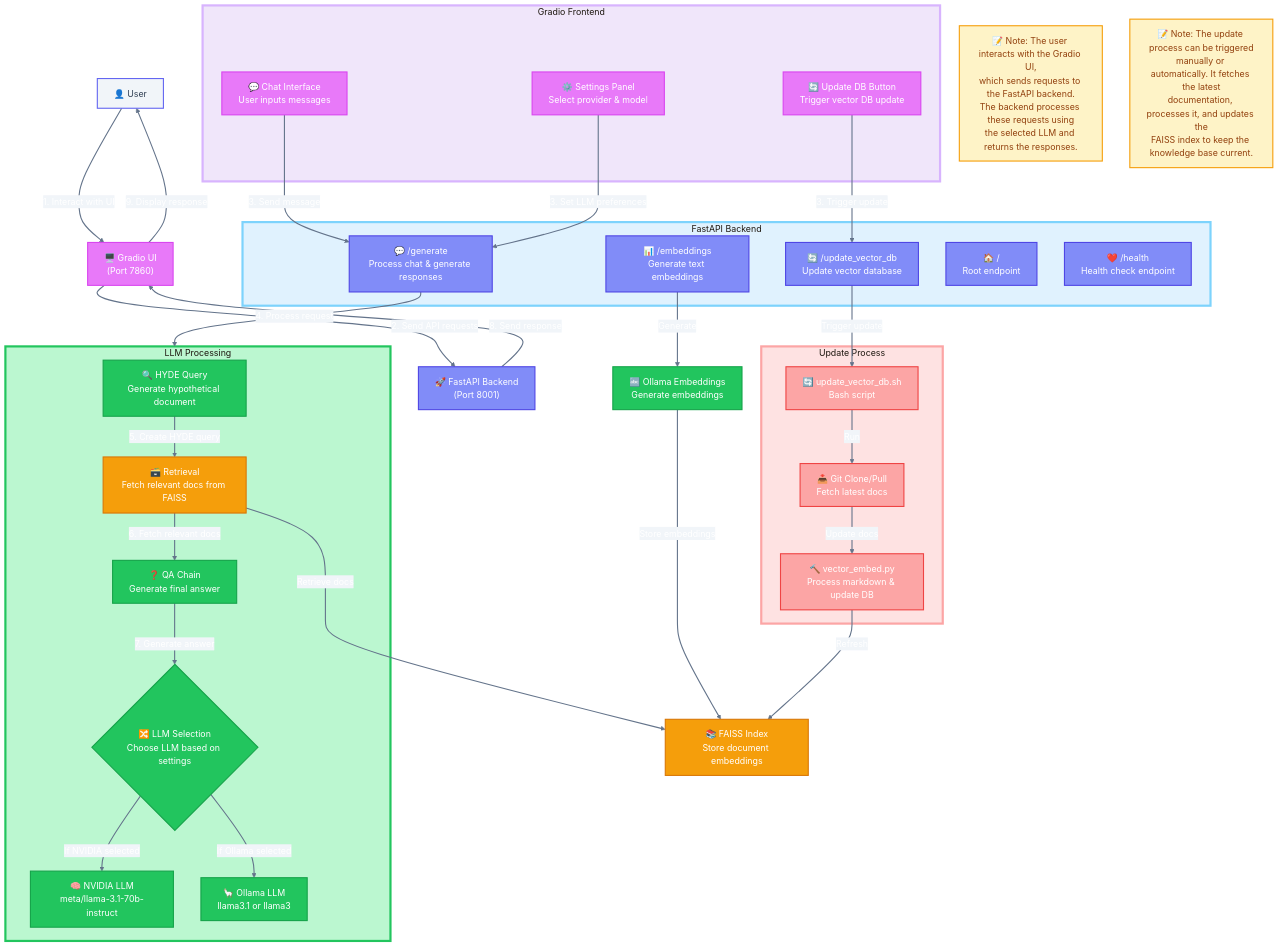
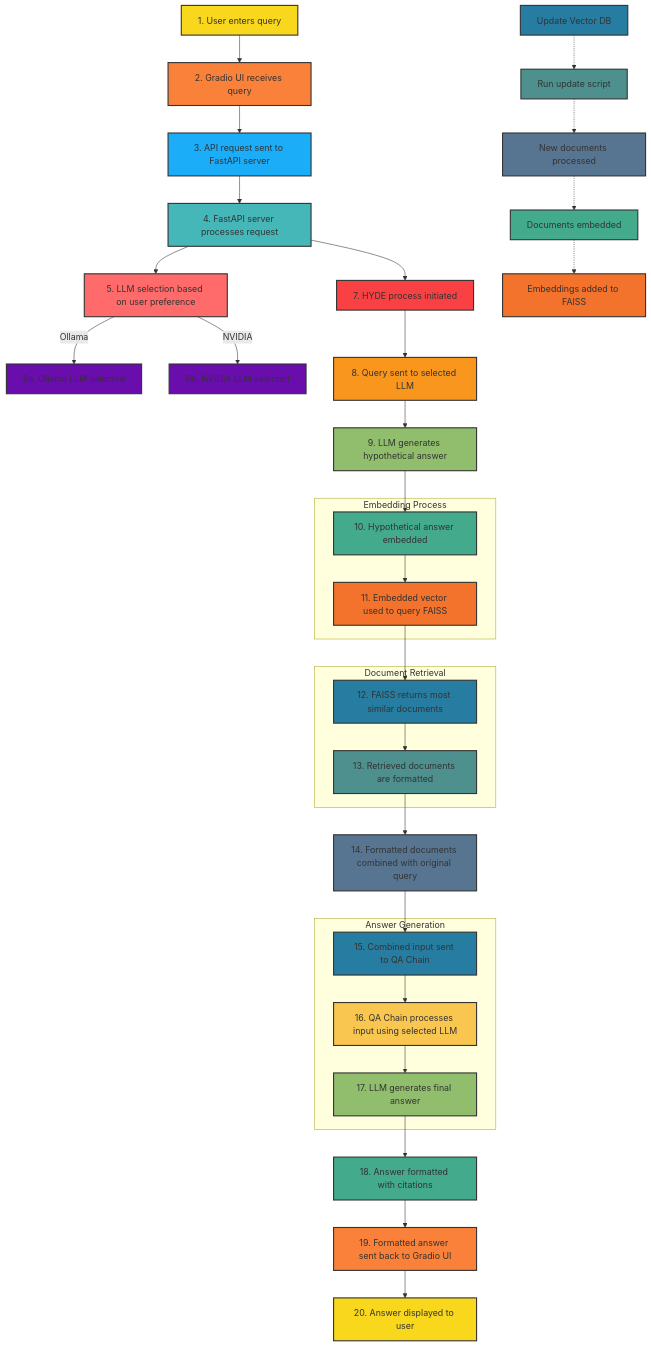
One commit to rifatrzn/hybrid_rag_llm changed the second of 2 diagrams in README.md. Above: the diagram before and after it, drawn with Mermaid.

Commit message:
commit diagram

````diff
--- a/README.md
+++ b/README.md
@@ -97,81 +97,71 @@
 ```mermaid
-%%{init: {'theme': 'base', 'themeVariables': { 'primaryColor': '#6366f1', 'primaryTextColor': '#fff', 'primaryBorderColor': '#4f46e5', 'lineColor': '#64748b', 'secondaryColor': '#f1f5f9', 'tertiaryColor': '#e2e8f0'}}}%%
-flowchart TD
-    classDef default fill:#f1f5f9,stroke:#6366f1,stroke-width:2px,color:#334155;
-    classDef api fill:#818cf8,stroke:#4f46e5,stroke-width:2px,color:#fff;
-    classDef llm fill:#22c55e,stroke:#16a34a,stroke-width:2px,color:#fff;
-    classDef db fill:#f59e0b,stroke:#d97706,stroke-width:2px,color:#fff;
-    classDef ui fill:#e879f9,stroke:#d946ef,stroke-width:2px,color:#fff;
-    classDef note fill:#fef3c7,stroke:#f59e0b,stroke-width:2px,color:#92400e;
-    classDef update fill:#fca5a5,stroke:#ef4444,stroke-width:2px,color:#fff;
+graph TD
+    A[1. User enters query] --> B[2. Gradio UI receives query]
+    B --> C[3. API request sent to FastAPI server]
+    C --> D[4. FastAPI server processes request]
+    D --> E[5. LLM selection based on user preference]
+    E --> |Ollama| F1[6a. Ollama LLM selected]
+    E --> |NVIDIA| F2[6b. NVIDIA LLM selected]
+    D --> G[7. HYDE process initiated]
+    G --> H[8. Query sent to selected LLM]
+    H --> I[9. LLM generates hypothetical answer]
+    I --> J[10. Hypothetical answer embedded]
+    J --> K[11. Embedded vector used to query FAISS]
+    K --> L[12. FAISS returns most similar documents]
+    L --> M[13. Retrieved documents are formatted]
+    M --> N[14. Formatted documents combined with original query]
+    N --> O[15. Combined input sent to QA Chain]
+    O --> P[16. QA Chain processes input using selected LLM]
+    P --> Q[17. LLM generates final answer]
+    Q --> R[18. Answer formatted with citations]
+    R --> S[19. Formatted answer sent back to Gradio UI]
+    S --> T[20. Answer displayed to user]
 
-    A["👤 User"]
-    B["🖥️ Gradio UI\n(Port 7860)"]:::ui
-    C["🚀 FastAPI Backend\n(Port 8001)"]:::api
-
-    subgraph Frontend ["Gradio Frontend"]
-        D["💬 Chat Interface\nUser inputs messages"]:::ui
-        E["⚙️ Settings Panel\nSelect provider & model"]:::ui
-        F["🔄 Update DB Button\nTrigger vector DB update"]:::ui
+    subgraph "Embedding Process"
+        J
+        K
     end
 
-    subgraph Backend ["FastAPI Backend"]
-        G["📊 /embeddings\nGenerate text embeddings"]:::api
-        H["💬 /generate\nProcess chat & generate responses"]:::api
-        I["🔄 /update_vector_db\nUpdate vector database"]:::api
-        J["🏠 /\nRoot endpoint"]:::api
-        K["❤️ /health\nHealth check endpoint"]:::api
+    subgraph "Document Retrieval"
+        L
+        M
     end
 
-    subgraph LLM ["LLM Processing"]
-        L["🔍 HYDE Query\nGenerate hypothetical document"]:::llm
-        M["🗃️ Retrieval\nFetch relevant docs from FAISS"]:::db
-        N["❓ QA Chain\nGenerate final answer"]:::llm
-        O{"🔀 LLM Selection\nChoose LLM based on settings"}:::llm
-        P["🧠 NVIDIA LLM\nmeta/llama-3.1-70b-instruct"]:::llm
-        Q["🦙 Ollama LLM\nllama3.1 or llama3"]:::llm
+    subgraph "Answer Generation"
+        O
+        P
+        Q
     end
 
-    R["📚 FAISS Index\nStore document embeddings"]:::db
-    S["🔤 Ollama Embeddings\nGenerate embeddings"]:::llm
+    U[Update Vector DB] -.-> V[Run update script]
+    V -.-> W[New documents processed]
+    W -.-> X[Documents embedded]
+    X -.-> Y[Embeddings added to FAISS]
 
-    subgraph UpdateProcess ["Update Process"]
-        T["🔄 update_vector_db.sh\nBash script"]:::update
-        U["📥 Git Clone/Pull\nFetch latest docs"]:::update
-        V["🔨 vector_embed.py\nProcess markdown & update DB"]:::update
-    end
-
-    A -->|"1. Interact with UI"| B
-    B -->|"2. Send API requests"| C
-    C -->|"8. Send response"| B
-    B -->|"9. Display response"| A
-
-    D -->|"3. Send message"| H
-    E -->|"3. Set LLM preferences"| H
-    F -->|"3. Trigger update"| I
-
-    H -->|"4. Process request"| LLM
-    I -->|"Trigger update"| T
-    G -->|"Generate"| S
-
-    L -->|"5. Create HYDE query"| M
-    M -->|"6. Fetch relevant docs"| N
-    N -->|"7. Generate answer"| O
-    O -->|"If NVIDIA selected"| P
-    O -->|"If Ollama selected"| Q
-    S -->|"Store embeddings"| R
-    M -->|"Retrieve docs"| R
-
-    T -->|"Run"| U
-    U -->|"Update docs"| V
-    V -->|"Refresh"| R
-
-    note1["📝 Note: The user interacts with the Gradio UI,\nwhich sends requests to the FastAPI backend.\nThe backend processes these requests using\nthe selected LLM and returns the responses."]:::note
-    note2["📝 Note: The update process can be triggered\nmanually or automatically. It fetches the latest\ndocumentation, processes it, and updates the\nFAISS index to keep the knowledge base current."]:::note
-
-    style Frontend fill:#f0e6fa,stroke:#d8b4fe,stroke-width:4px
-    style Backend fill:#e0f2fe,stroke:#7dd3fc,stroke-width:4px
-    style LLM fill:#bbf7d0,stroke:#22c55e,stroke-width:4px
-    style UpdateProcess fill:#fee2e2,stroke:#fca5a5,stroke-width:4px
-    linkStyle default stroke:#64748b,stroke-width:2px;
+    style A fill:#f9d71c,stroke:#333,stroke-width:2px
+    style B fill:#f9813a,stroke:#333,stroke-width:2px
+    style C fill:#1cadf9,stroke:#333,stroke-width:2px
+    style D fill:#45b7b8,stroke:#333,stroke-width:2px
+    style E fill:#ff6b6b,stroke:#333,stroke-width:2px
+    style F1 fill:#6a0dad,stroke:#333,stroke-width:2px
+    style F2 fill:#6a0dad,stroke:#333,stroke-width:2px
+    style G fill:#f94144,stroke:#333,stroke-width:2px
+    style H fill:#f8961e,stroke:#333,stroke-width:2px
+    style I fill:#90be6d,stroke:#333,stroke-width:2px
+    style J fill:#43aa8b,stroke:#333,stroke-width:2px
+    style K fill:#f3722c,stroke:#333,stroke-width:2px
+    style L fill:#277da1,stroke:#333,stroke-width:2px
+    style M fill:#4d908e,stroke:#333,stroke-width:2px
+    style N fill:#577590,stroke:#333,stroke-width:2px
+    style O fill:#277da1,stroke:#333,stroke-width:2px
+    style P fill:#f9c74f,stroke:#333,stroke-width:2px
+    style Q fill:#90be6d,stroke:#333,stroke-width:2px
+    style R fill:#43aa8b,stroke:#333,stroke-width:2px
+    style S fill:#f9813a,stroke:#333,stroke-width:2px
+    style T fill:#f9d71c,stroke:#333,stroke-width:2px
+    style U fill:#277da1,stroke:#333,stroke-width:2px
+    style V fill:#4d908e,stroke:#333,stroke-width:2px
+    style W fill:#577590,stroke:#333,stroke-width:2px
+    style X fill:#43aa8b,stroke:#333,stroke-width:2px
+    style Y fill:#f3722c,stroke:#333,stroke-width:2px
 ```
````
